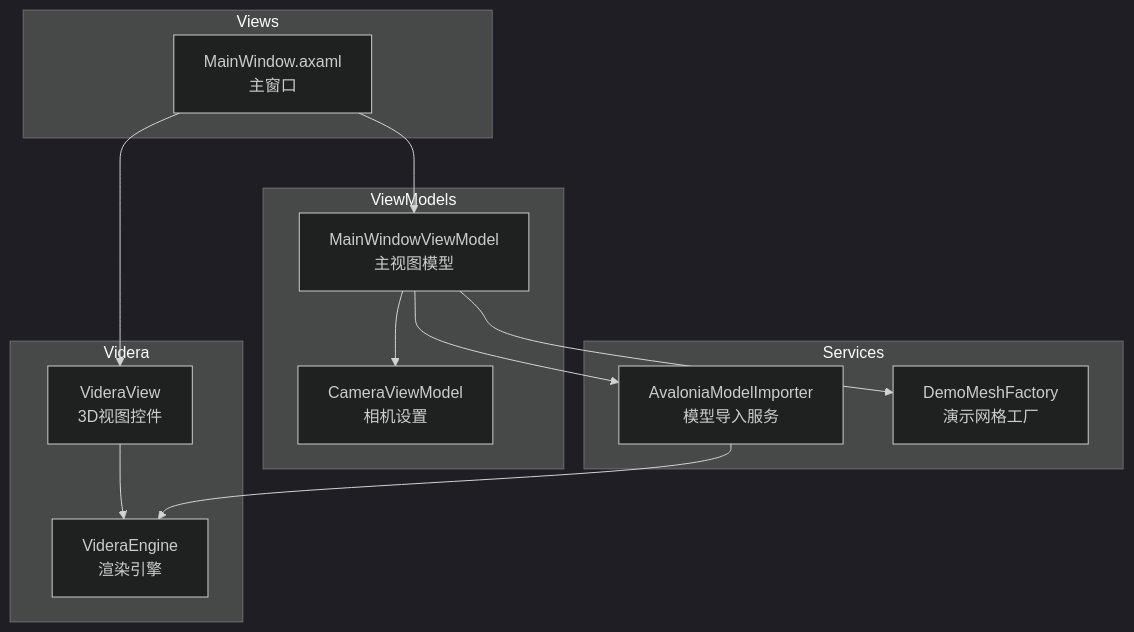
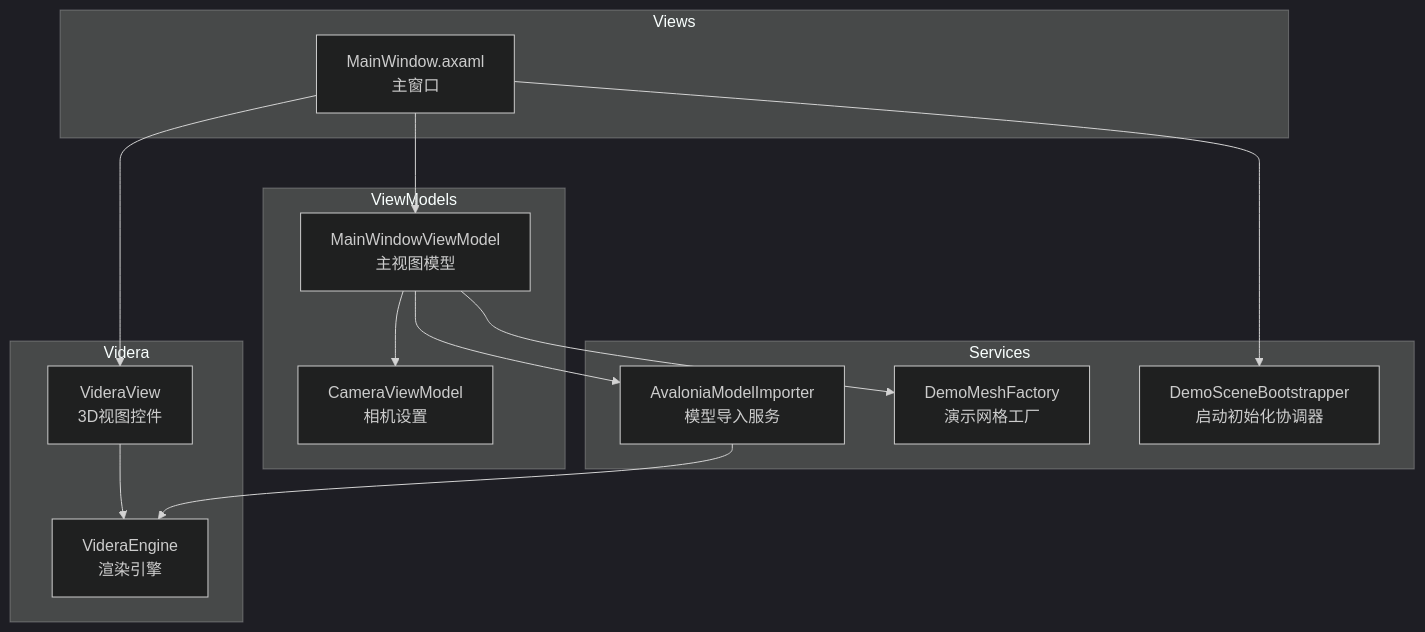
The first of 4 diagrams in samples/Videra.Demo/README.md (ExplodingUFO/Videra), drawn with Mermaid (dark theme) before and after one commit. The commit also changed other lines of this file and 16 other files, not shown here.

````diff
--- a/samples/Videra.Demo/README.md
+++ b/samples/Videra.Demo/README.md
@@ -7,29 +7,31 @@
 ```mermaid
 graph TB
     subgraph "Views"
         MainWindow[MainWindow.axaml<br/>主窗口]
     end
 
     subgraph "ViewModels"
         MainVM[MainWindowViewModel<br/>主视图模型]
         CameraVM[CameraViewModel<br/>相机设置]
     end
 
     subgraph "Services"
         Importer[AvaloniaModelImporter<br/>模型导入服务]
         MeshFactory[DemoMeshFactory<br/>演示网格工厂]
+        Bootstrapper[DemoSceneBootstrapper<br/>启动初始化协调器]
     end
 
     subgraph "Videra"
         VideraView[VideraView<br/>3D视图控件]
         Engine[VideraEngine<br/>渲染引擎]
     end
 
     MainWindow --> MainVM
     MainVM --> CameraVM
     MainVM --> Importer
     MainVM --> MeshFactory
+    MainWindow --> Bootstrapper
     MainWindow --> VideraView
     VideraView --> Engine
     Importer --> Engine
 ```
````
